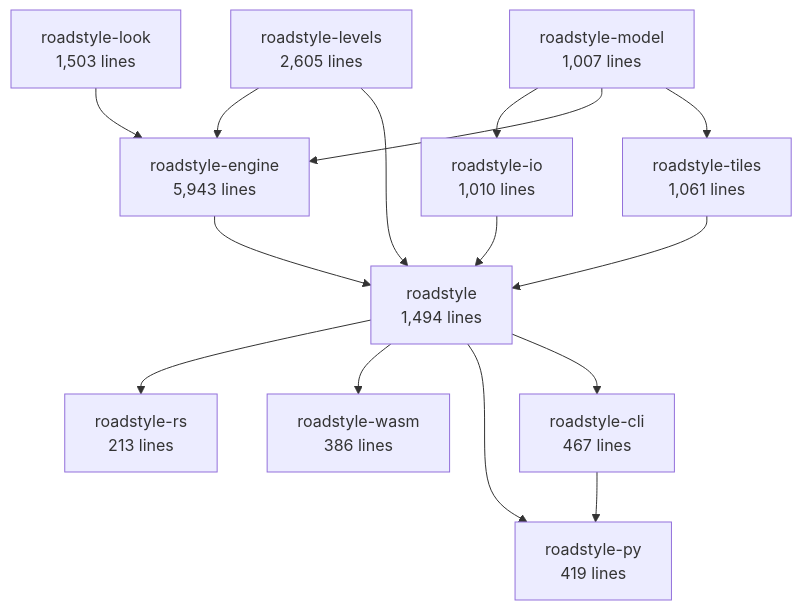
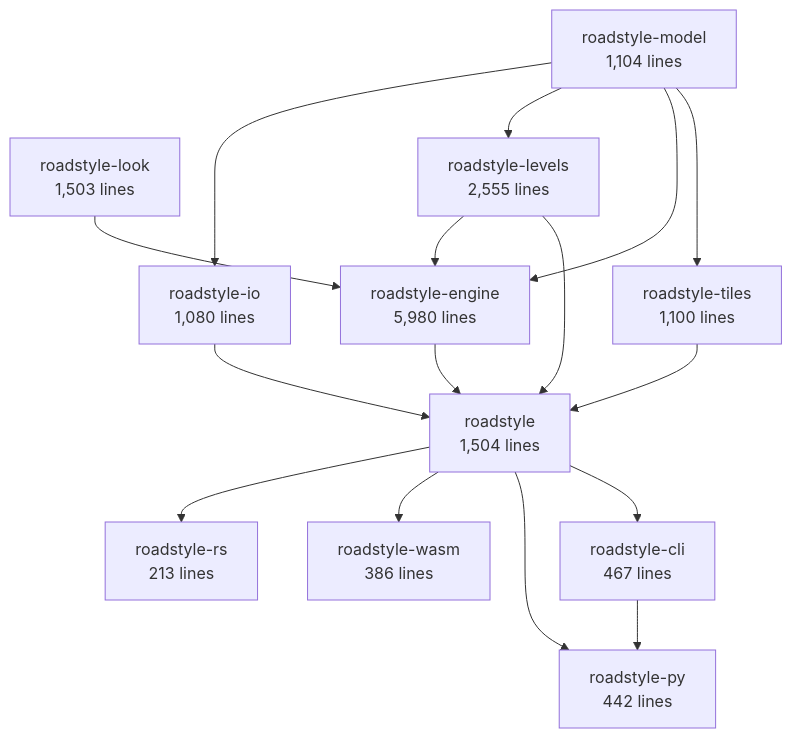
Before and after one commit to Khoshkhah/roadstyle: the second of 6 diagrams in docs/rust/architecture.md, drawn with Mermaid. The commit also changed other lines of this file and 3 other files, not shown here.

````diff
--- a/docs/rust/architecture.md
+++ b/docs/rust/architecture.md
@@ -69,28 +69,29 @@
 ```mermaid
 flowchart TB
-    roadstyle_model["roadstyle-model<br/>1,007 lines"]
+    roadstyle_model["roadstyle-model<br/>1,104 lines"]
     roadstyle_look["roadstyle-look<br/>1,503 lines"]
-    roadstyle_io["roadstyle-io<br/>1,010 lines"]
-    roadstyle_levels["roadstyle-levels<br/>2,605 lines"]
-    roadstyle_engine["roadstyle-engine<br/>5,943 lines"]
-    roadstyle_tiles["roadstyle-tiles<br/>1,061 lines"]
-    roadstyle["roadstyle<br/>1,494 lines"]
+    roadstyle_io["roadstyle-io<br/>1,080 lines"]
+    roadstyle_levels["roadstyle-levels<br/>2,555 lines"]
+    roadstyle_engine["roadstyle-engine<br/>5,980 lines"]
+    roadstyle_tiles["roadstyle-tiles<br/>1,100 lines"]
+    roadstyle["roadstyle<br/>1,504 lines"]
     roadstyle_rs["roadstyle-rs<br/>213 lines"]
     roadstyle_wasm["roadstyle-wasm<br/>386 lines"]
-    roadstyle_py["roadstyle-py<br/>419 lines"]
+    roadstyle_py["roadstyle-py<br/>442 lines"]
     roadstyle_cli["roadstyle-cli<br/>467 lines"]
     roadstyle_model --> roadstyle_io
+    roadstyle_model --> roadstyle_levels
     roadstyle_levels --> roadstyle_engine
     roadstyle_look --> roadstyle_engine
     roadstyle_model --> roadstyle_engine
     roadstyle_model --> roadstyle_tiles
     roadstyle_engine --> roadstyle
     roadstyle_io --> roadstyle
     roadstyle_levels --> roadstyle
     roadstyle_tiles --> roadstyle
     roadstyle --> roadstyle_rs
     roadstyle --> roadstyle_wasm
     roadstyle --> roadstyle_py
     roadstyle_cli --> roadstyle_py
     roadstyle --> roadstyle_cli
 ```
````
